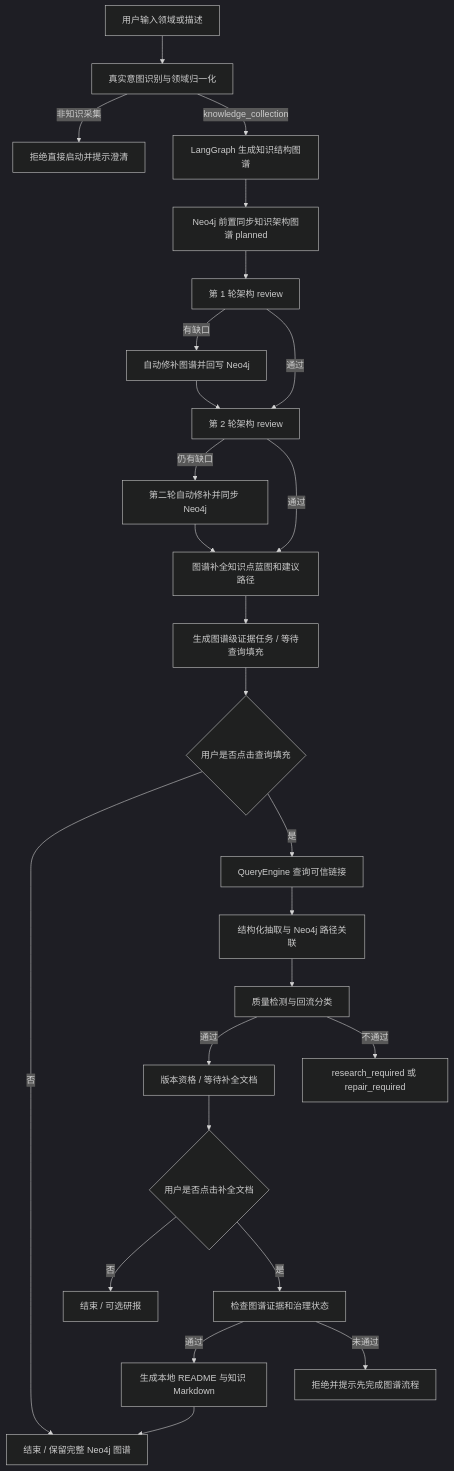
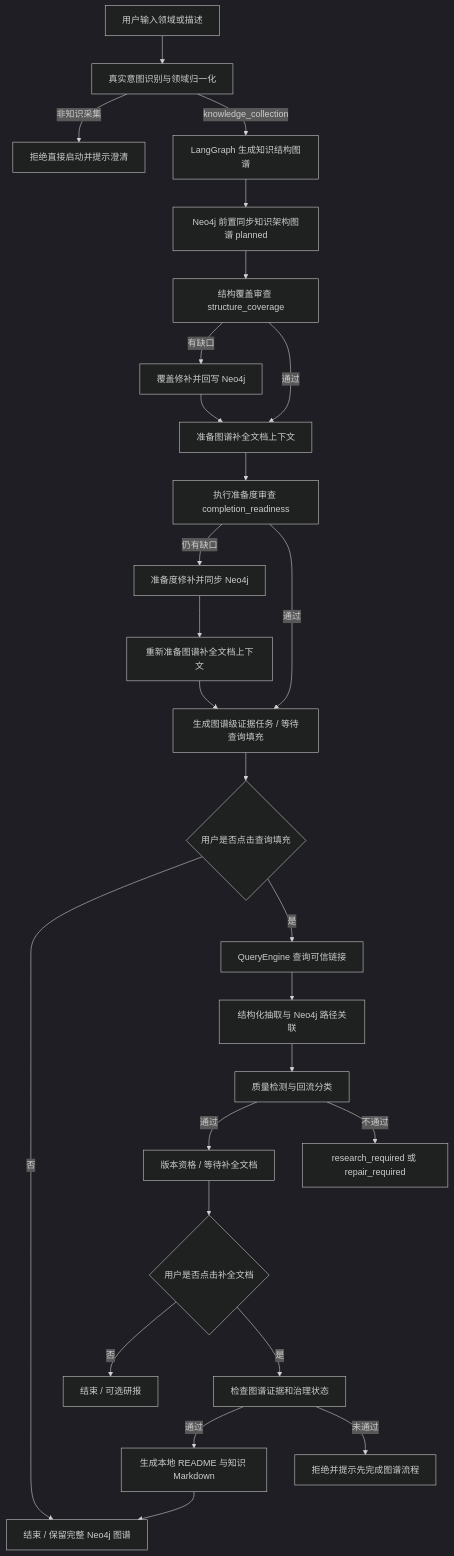
Before and after one commit to crabin/knowledgeforge: the diagram in docs/项目需求.md, drawn with Mermaid (dark theme). The commit also changed other lines of this file and 10 other files, not shown here.

Commit message:
Refine two-stage graph review flow

````diff
--- a/docs/项目需求.md
+++ b/docs/项目需求.md
@@ -36,28 +36,29 @@
 ```mermaid
 flowchart TD
     A[用户输入领域或描述] --> B[真实意图识别与领域归一化]
     B -->|非知识采集| X[拒绝直接启动并提示澄清]
     B -->|knowledge_collection| C[LangGraph 生成知识结构图谱]
     C --> D[Neo4j 前置同步知识架构图谱 planned]
-    D --> E[第 1 轮架构 review]
-    E -->|有缺口| F[自动修补图谱并回写 Neo4j]
-    F --> G[第 2 轮架构 review]
-    E -->|通过| G
-    G -->|仍有缺口| N[第二轮自动修补并同步 Neo4j]
-    N --> H
-    G -->|通过| H[图谱补全知识点蓝图和建议路径]
-    H --> I[生成图谱级证据任务 / 等待查询填充]
+    D --> E[结构覆盖审查 structure_coverage]
+    E -->|有缺口| F[覆盖修补并回写 Neo4j]
+    F --> H[准备图谱补全文档上下文]
+    E -->|通过| H
+    H --> G[执行准备度审查 completion_readiness]
+    G -->|仍有缺口| N[准备度修补并同步 Neo4j]
+    N --> H2[重新准备图谱补全文档上下文]
+    H2 --> I
+    G -->|通过| I[生成图谱级证据任务 / 等待查询填充]
     I --> U{用户是否点击查询填充}
     U -->|否| R[结束 / 保留完整 Neo4j 图谱]
     U -->|是| J[QueryEngine 查询可信链接]
     J --> L[结构化抽取与 Neo4j 路径关联]
     L --> M[质量检测与回流分类]
     M -->|通过| V[版本资格 / 等待补全文档]
     M -->|不通过| O[research_required 或 repair_required]
     V --> P{用户是否点击补全文档}
     P -->|否| R2[结束 / 可选研报]
     P -->|是| Q[检查图谱证据和治理状态]
     Q -->|通过| S[生成本地 README 与知识 Markdown]
     Q -->|未通过| T[拒绝并提示先完成图谱流程]
     S --> R
 ```
````
